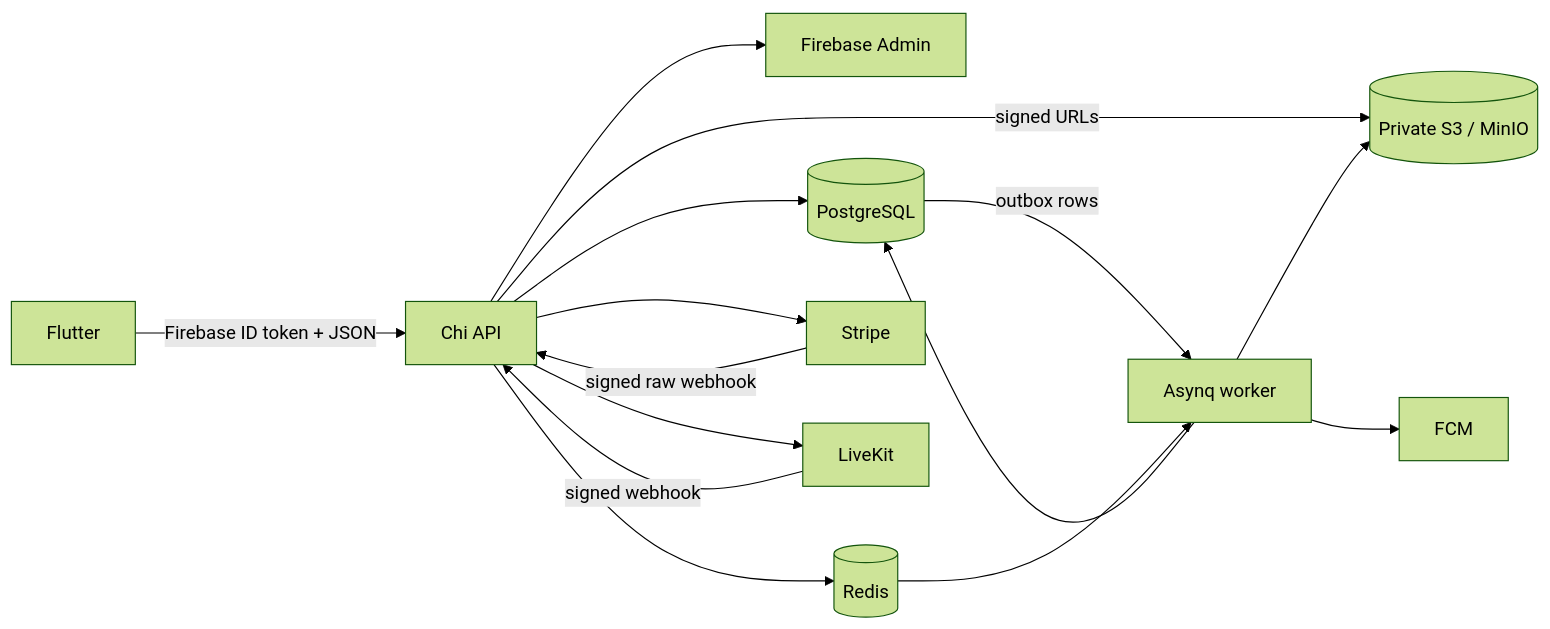
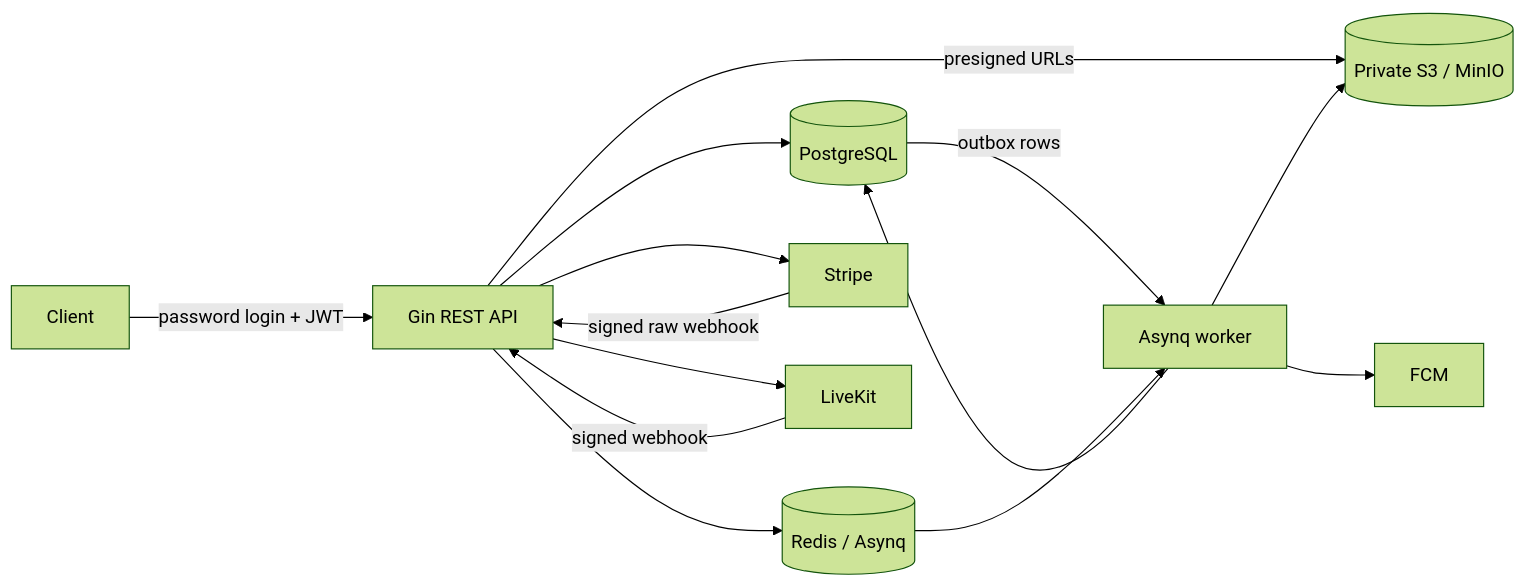
Before and after one commit to Faysal9991/edtech_Backend: the diagram in docs/architecture.md, drawn with Mermaid (forest theme). The commit also changed other lines of this file and 113 other files, not shown here.

````diff
--- a/docs/architecture.md
+++ b/docs/architecture.md
@@ -7,17 +7,16 @@
 ```mermaid
 flowchart LR
-  Flutter -->|Firebase ID token + JSON| API[Chi API]
-  API --> Firebase[Firebase Admin]
+  Client -->|password login + JWT| API[Gin REST API]
   API --> PG[(PostgreSQL)]
-  API --> Redis[(Redis)]
-  API -->|signed URLs| S3[(Private S3 / MinIO)]
+  API --> Redis[(Redis / Asynq)]
+  API -->|presigned URLs| S3[(Private S3 / MinIO)]
   API --> Stripe
   API --> LiveKit
   PG -->|outbox rows| Worker[Asynq worker]
   Redis --> Worker
   Worker --> S3
   Worker --> FCM
   Worker --> PG
   Stripe -->|signed raw webhook| API
   LiveKit -->|signed webhook| API
 ```
````
